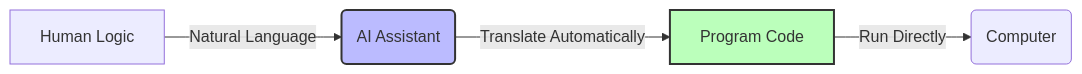
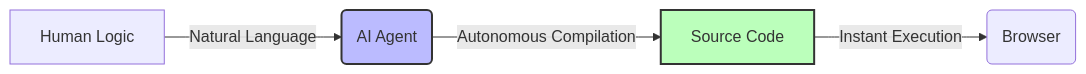
One commit to ruanqizhen/cocode changed the second of 2 diagrams in i18n/en/docusaurus-plugin-content-docs/current/nocode.md. Above: the diagram before and after it, drawn with Mermaid. The commit also changed other lines of this file and 41 other files, not shown here.

````diff
--- a/i18n/en/docusaurus-plugin-content-docs/current/nocode.md
+++ b/i18n/en/docusaurus-plugin-content-docs/current/nocode.md
@@ -34,9 +33,9 @@
 ```mermaid
 graph LR
-    A[Human Logic] -->|Natural Language| B(AI Assistant)
-    B -->|Translate Automatically| C[Program Code]
-    C -->|Run Directly| D(Computer)
+    A[Human Logic] -->|Natural Language| B(AI Agent)
+    B -->|Autonomous Compilation| C[Source Code]
+    C -->|Instant Execution| D(Browser)
 
     style B fill:#bbf,stroke:#333,stroke-width:2px
     style C fill:#bfb,stroke:#333,stroke-width:2px
 ```
````
